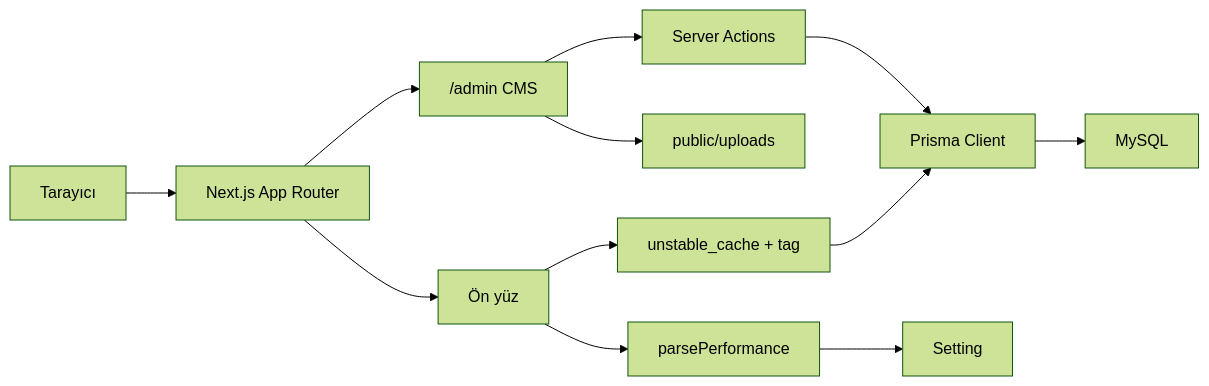
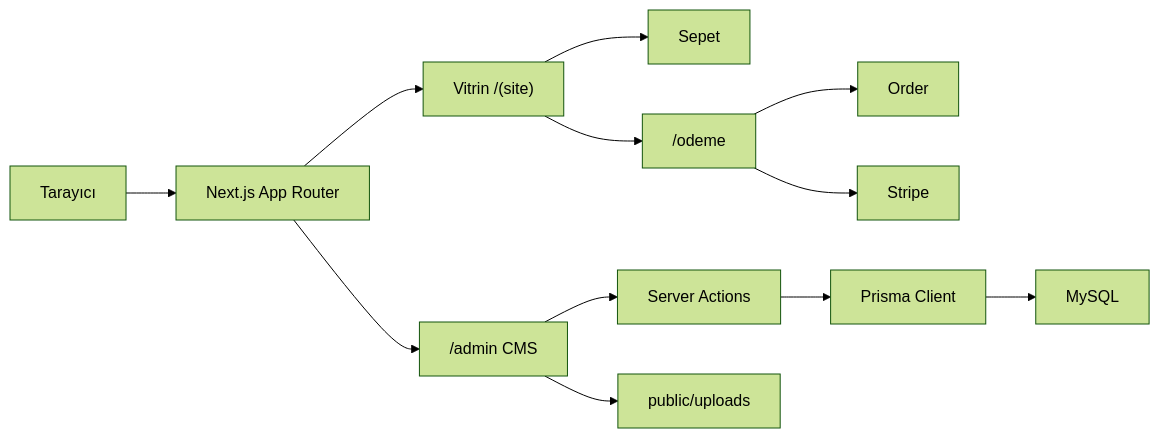
One commit to ihsanakyildiz/eticaretProjesi changed the diagram in README.md. Above: the diagram before and after it, drawn with Mermaid (forest theme). The commit also changed other lines of this file, not shown here.

````diff
--- a/README.md
+++ b/README.md
@@ -51,14 +54,14 @@
 ```mermaid
 flowchart LR
   Browser["Tarayıcı"] --> Next["Next.js App Router"]
+  Next --> Store["Vitrin /(site)"]
   Next --> Admin["/admin CMS"]
-  Next --> Public["Ön yüz"]
+  Store --> Cart["Sepet"]
+  Store --> Checkout["/odeme"]
+  Checkout --> Orders["Order"]
+  Checkout --> Stripe["Stripe"]
   Admin --> Actions["Server Actions"]
   Actions --> Prisma["Prisma Client"]
   Prisma --> MySQL["MySQL"]
   Admin --> Uploads["public/uploads"]
-  Public --> Cache["unstable_cache + tag"]
-  Public --> Perf["parsePerformance"]
-  Cache --> Prisma
-  Perf --> Settings["Setting"]
 ```
````
